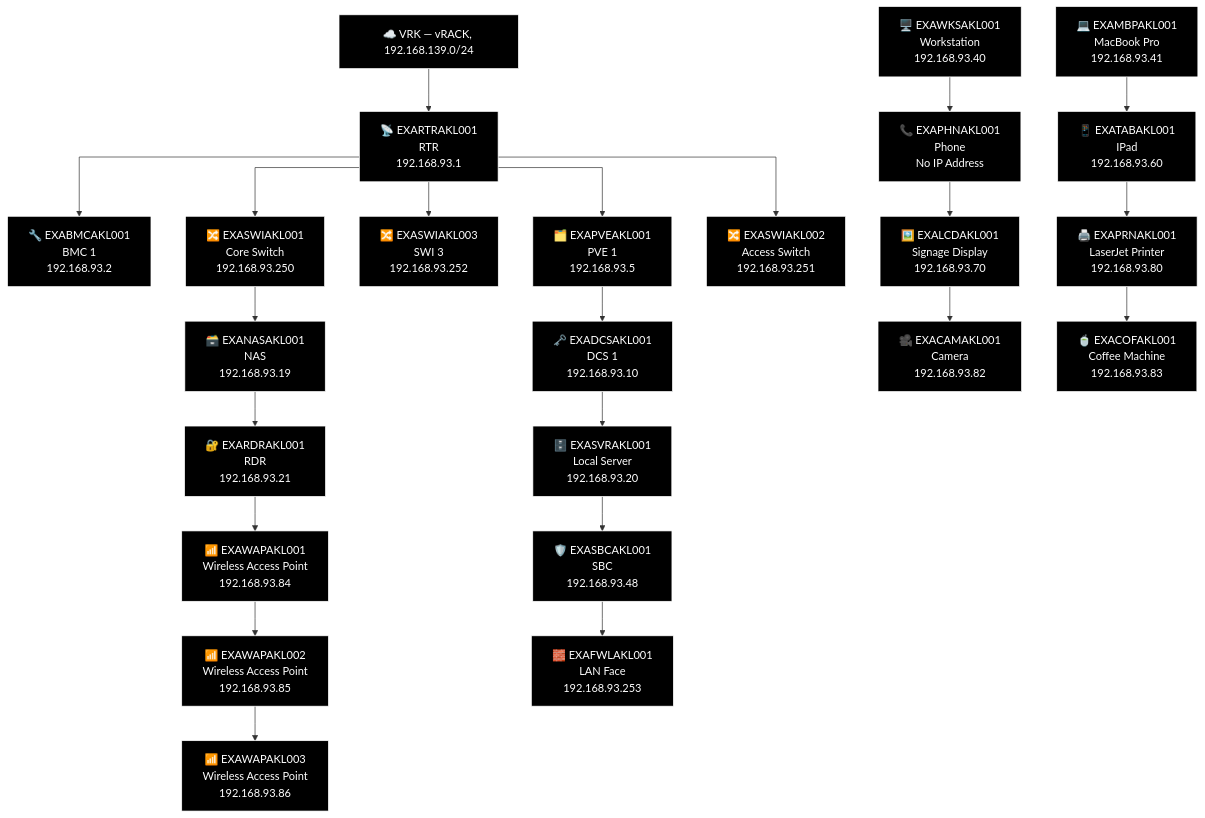
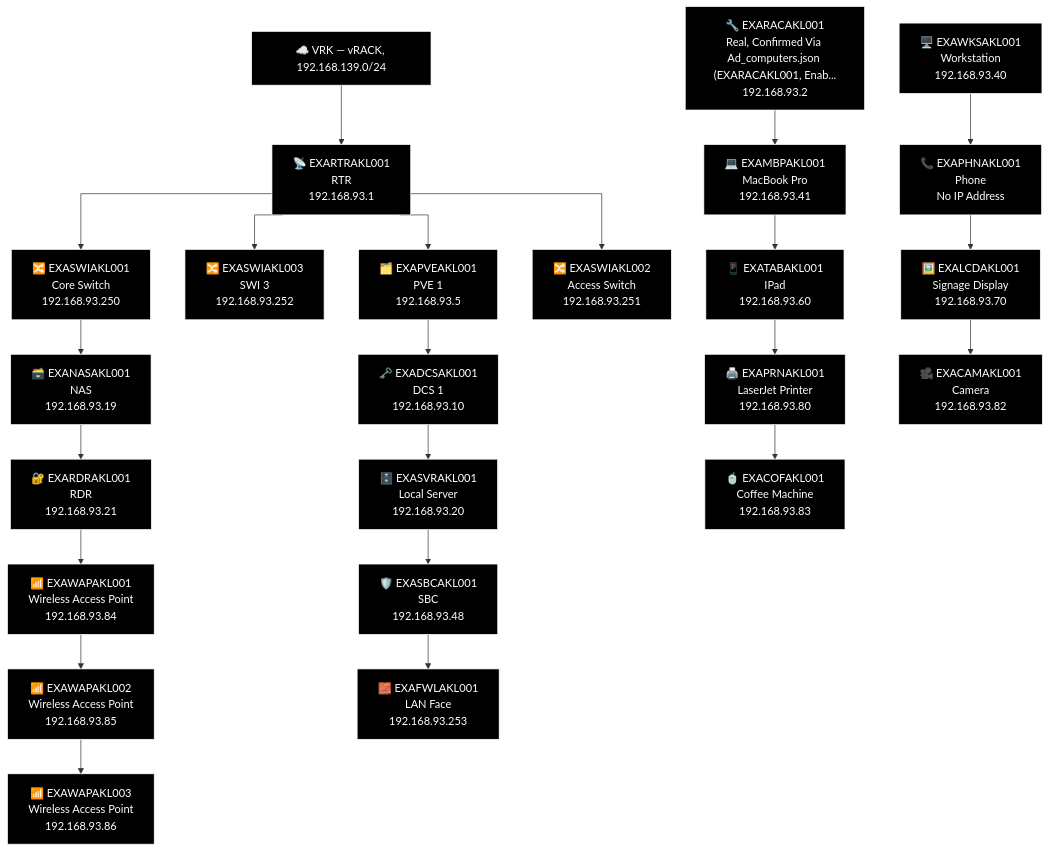
The third of 3 diagrams in docs/network-diagram/new-zealand.md (knightmare2600/example_music_infra), drawn with Mermaid before and after one commit. The commit also changed 11 other files, not shown here.

````diff
--- a/docs/network-diagram/new-zealand.md
+++ b/docs/network-diagram/new-zealand.md
@@ -131,64 +131,63 @@
 ```mermaid
 %% GENERATED:TOPOLOGY:AKL:START
 %%{init: {'flowchart': {'curve': 'stepAfter'}}}%%
 graph TD
     T_VRK["☁️ VRK — vRACK, 192.168.139.0/24"]
     T_RTR["📡 EXARTRAKL001<br/>RTR<br/>192.168.93.1"]
     T_VRK --> T_RTR
-    T_BMC["🔧 EXABMCAKL001<br/>BMC 1<br/>192.168.93.2"]
-    T_RTR --> T_BMC
     T_PVE["🗂️ EXAPVEAKL001<br/>PVE 1<br/>192.168.93.5"]
     T_RTR --> T_PVE
     T_SWI["🔀 EXASWIAKL003<br/>SWI 3<br/>192.168.93.252"]
     T_RTR --> T_SWI
     T_SWI2["🔀 EXASWIAKL001<br/>Core Switch<br/>192.168.93.250"]
     T_RTR --> T_SWI2
     T_SWI3["🔀 EXASWIAKL002<br/>Access Switch<br/>192.168.93.251"]
     T_RTR --> T_SWI3
     T_NAS["🗃️ EXANASAKL001<br/>NAS<br/>192.168.93.19"]
     T_RDR["🔐 EXARDRAKL001<br/>RDR<br/>192.168.93.21"]
     T_WAP["📶 EXAWAPAKL001<br/>Wireless Access Point<br/>192.168.93.84"]
     T_WAP2["📶 EXAWAPAKL002<br/>Wireless Access Point<br/>192.168.93.85"]
     T_WAP3["📶 EXAWAPAKL003<br/>Wireless Access Point<br/>192.168.93.86"]
     T_SWI2 --> T_NAS --> T_RDR --> T_WAP --> T_WAP2 --> T_WAP3
     T_DCS["🗝️ EXADCSAKL001<br/>DCS 1<br/>192.168.93.10"]
     T_SVR["🗄️ EXASVRAKL001<br/>Local Server<br/>192.168.93.20"]
     T_SBC["🛡️ EXASBCAKL001<br/>SBC<br/>192.168.93.48"]
     T_FWL["🧱 EXAFWLAKL001<br/>LAN Face<br/>192.168.93.253"]
     T_PVE --> T_DCS --> T_SVR --> T_SBC --> T_FWL
+    T_RAC["🔧 EXARACAKL001<br/>Real, Confirmed Via Ad_computers.json (EXARACAKL001, Enab...<br/>192.168.93.2"]
     T_WKS["🖥️ EXAWKSAKL001<br/>Workstation<br/>192.168.93.40"]
     T_MBP["💻 EXAMBPAKL001<br/>MacBook Pro<br/>192.168.93.41"]
     T_PHN["📞 EXAPHNAKL001<br/>Phone<br/>No IP Address"]
     T_TAB["📱 EXATABAKL001<br/>IPad<br/>192.168.93.60"]
     T_LCD["🖼️ EXALCDAKL001<br/>Signage Display<br/>192.168.93.70"]
     T_PRN["🖨️ EXAPRNAKL001<br/>LaserJet Printer<br/>192.168.93.80"]
     T_CAM["🎥 EXACAMAKL001<br/>Camera<br/>192.168.93.82"]
     T_COF["🍵 EXACOFAKL001<br/>Coffee Machine<br/>192.168.93.83"]
+    T_RAC --> T_MBP --> T_TAB --> T_PRN --> T_COF
     T_WKS --> T_PHN --> T_LCD --> T_CAM
-    T_MBP --> T_TAB --> T_PRN --> T_COF
     style T_VRK fill:#000000,stroke:#FFFFFF,color:#FFFFFF
     style T_RTR fill:#000000,stroke:#FFFFFF,color:#FFFFFF
-    style T_BMC fill:#000000,stroke:#FFFFFF,color:#FFFFFF
     style T_PVE fill:#000000,stroke:#FFFFFF,color:#FFFFFF
     style T_SWI fill:#000000,stroke:#FFFFFF,color:#FFFFFF
     style T_SWI2 fill:#000000,stroke:#FFFFFF,color:#FFFFFF
     style T_SWI3 fill:#000000,stroke:#FFFFFF,color:#FFFFFF
     style T_NAS fill:#000000,stroke:#FFFFFF,color:#FFFFFF
     style T_RDR fill:#000000,stroke:#FFFFFF,color:#FFFFFF
     style T_WAP fill:#000000,stroke:#FFFFFF,color:#FFFFFF
     style T_WAP2 fill:#000000,stroke:#FFFFFF,color:#FFFFFF
     style T_WAP3 fill:#000000,stroke:#FFFFFF,color:#FFFFFF
     style T_DCS fill:#000000,stroke:#FFFFFF,color:#FFFFFF
     style T_SVR fill:#000000,stroke:#FFFFFF,color:#FFFFFF
     style T_SBC fill:#000000,stroke:#FFFFFF,color:#FFFFFF
     style T_FWL fill:#000000,stroke:#FFFFFF,color:#FFFFFF
+    style T_RAC fill:#000000,stroke:#FFFFFF,color:#FFFFFF
     style T_WKS fill:#000000,stroke:#FFFFFF,color:#FFFFFF
     style T_MBP fill:#000000,stroke:#FFFFFF,color:#FFFFFF
     style T_PHN fill:#000000,stroke:#FFFFFF,color:#FFFFFF
     style T_TAB fill:#000000,stroke:#FFFFFF,color:#FFFFFF
     style T_LCD fill:#000000,stroke:#FFFFFF,color:#FFFFFF
     style T_PRN fill:#000000,stroke:#FFFFFF,color:#FFFFFF
     style T_CAM fill:#000000,stroke:#FFFFFF,color:#FFFFFF
     style T_COF fill:#000000,stroke:#FFFFFF,color:#FFFFFF
 %% GENERATED:TOPOLOGY:AKL:END
 ```
````
